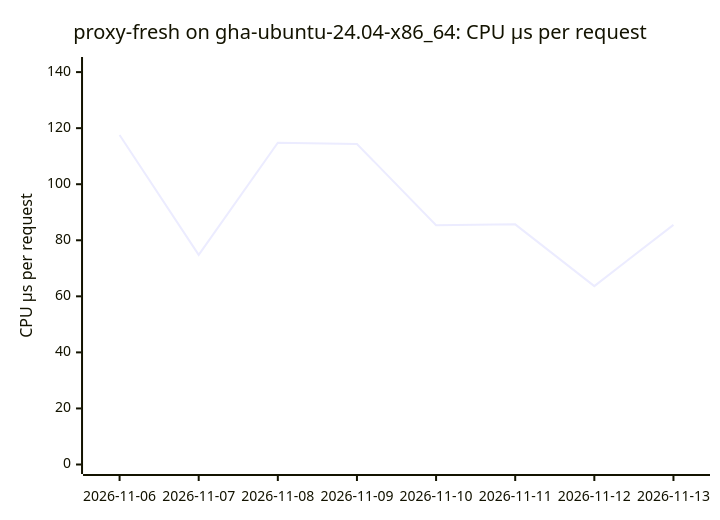
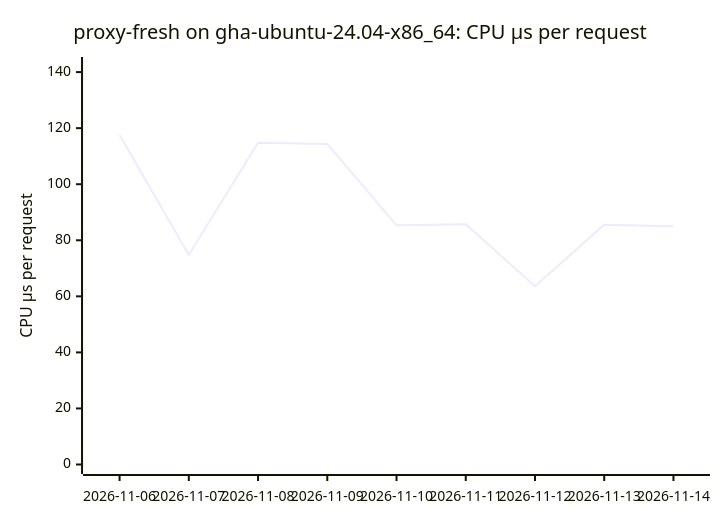
One commit to ThePixelPilgrim/durchlauferhitzer changed the fifth of 18 diagrams in BENCHMARKS.md. Above: the diagram before and after it, drawn with Mermaid. The commit also changed other lines of this file and 1 other file, not shown here.

````diff
--- a/BENCHMARKS.md
+++ b/BENCHMARKS.md
@@ -66,7 +66,7 @@
 ```mermaid
 xychart-beta
   title "proxy-fresh on gha-ubuntu-24.04-x86_64: CPU µs per request"
-  x-axis ["2026-11-06", "2026-11-07", "2026-11-08", "2026-11-09", "2026-11-10", "2026-11-11", "2026-11-12", "2026-11-13"]
+  x-axis ["2026-11-06", "2026-11-07", "2026-11-08", "2026-11-09", "2026-11-10", "2026-11-11", "2026-11-12", "2026-11-13", "2026-11-14"]
   y-axis "CPU µs per request" 0 --> 142
-  line [117.55, 74.78, 114.80, 114.37, 85.35, 85.68, 63.64, 85.50]
+  line [117.55, 74.78, 114.80, 114.37, 85.35, 85.68, 63.64, 85.50, 85.00]
 ```
````
